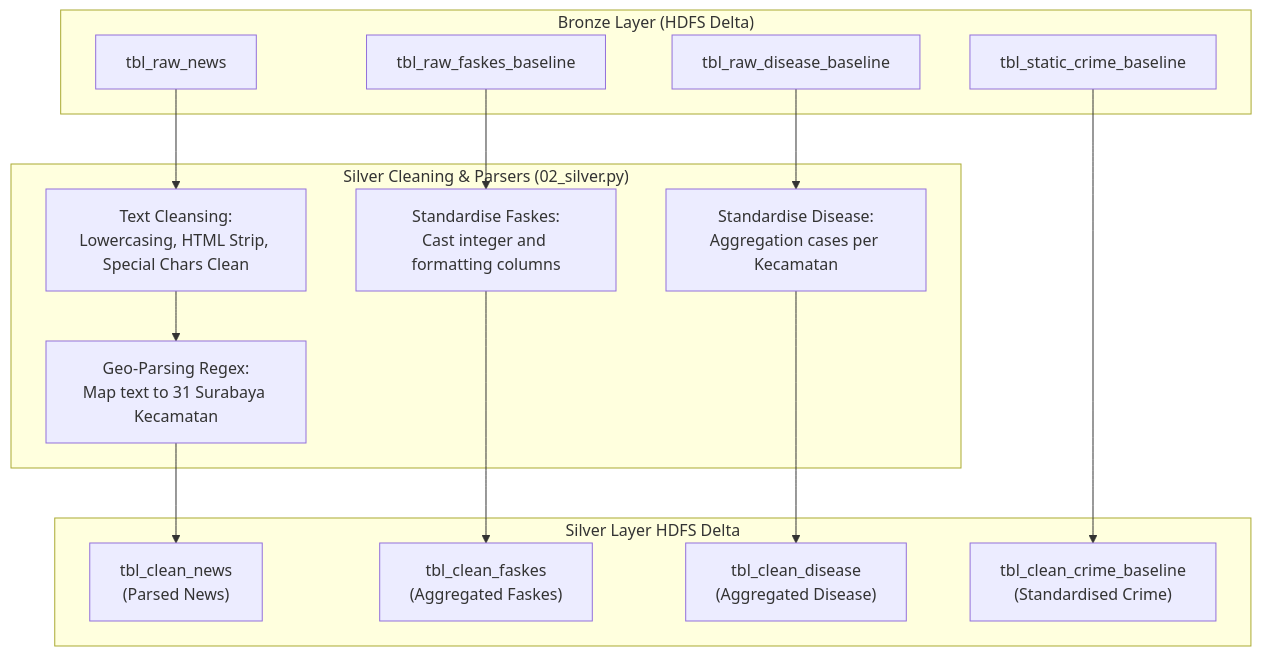
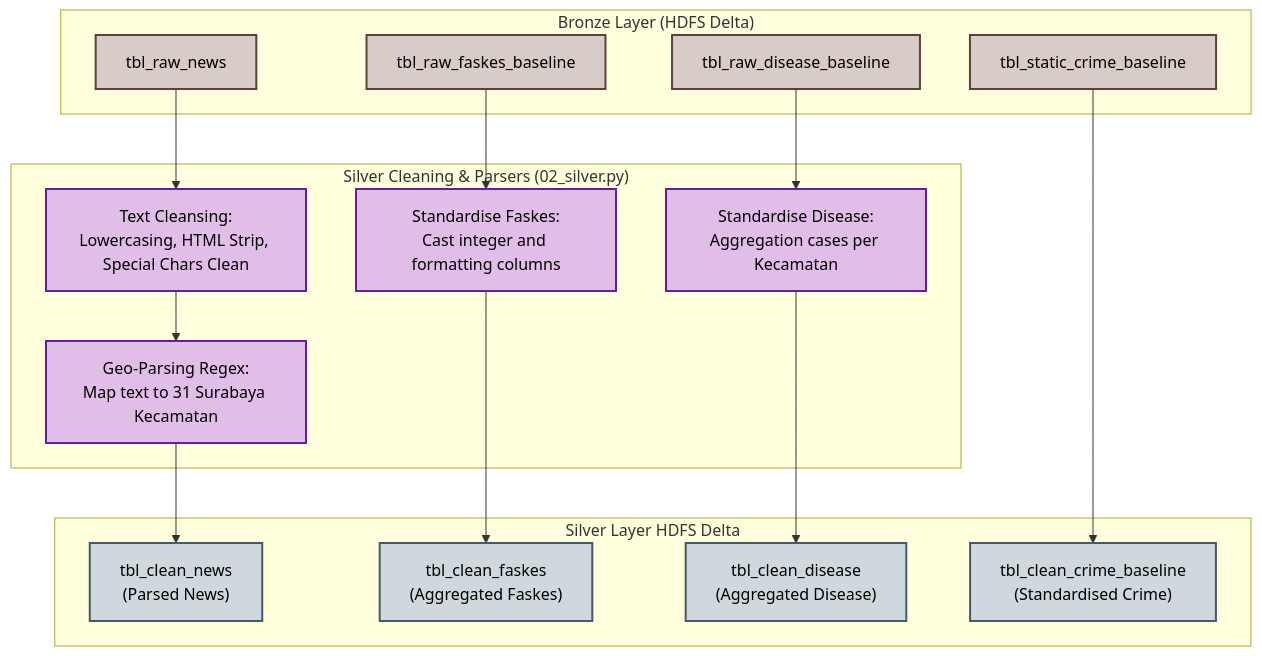
One commit to airenmeyy/kelompok-1-eas-bigdata changed the fourth of 6 diagrams in README.md. Above: the diagram before and after it, drawn with Mermaid. The commit also changed other lines of this file, not shown here.

Commit message:
fix(docs): style all remaining Mermaid diagrams with color and high contrast

````diff
--- a/README.md
+++ b/README.md
@@ -397,28 +421,37 @@
 ```mermaid
 graph TD
+    %% Styling Definitions
+    classDef bronze fill:#d7ccc8,stroke:#5d4037,stroke-width:2px,color:#000;
+    classDef process fill:#e1bee7,stroke:#6a1b9a,stroke-width:2px,color:#000;
+    classDef silver fill:#cfd8dc,stroke:#455a64,stroke-width:2px,color:#000;
+
     subgraph Input_Silver ["Bronze Layer (HDFS Delta)"]
         B_News["tbl_raw_news"]
         B_Faskes["tbl_raw_faskes_baseline"]
         B_Disease["tbl_raw_disease_baseline"]
         B_Crime["tbl_static_crime_baseline"]
     end
 
     subgraph Proc_Silver ["Silver Cleaning & Parsers (02_silver.py)"]
         Clean_Text["Text Cleansing:<br/>Lowercasing, HTML Strip, Special Chars Clean"]
         Geo_Parse["Geo-Parsing Regex:<br/>Map text to 31 Surabaya Kecamatan"]
         Standard_Faskes["Standardise Faskes:<br/>Cast integer and formatting columns"]
         Standard_Disease["Standardise Disease:<br/>Aggregation cases per Kecamatan"]
     end
 
     subgraph Output_Silver ["Silver Layer HDFS Delta"]
         S_News["tbl_clean_news<br/>(Parsed News)"]
         S_Faskes["tbl_clean_faskes<br/>(Aggregated Faskes)"]
         S_Disease["tbl_clean_disease<br/>(Aggregated Disease)"]
         S_Crime["tbl_clean_crime_baseline<br/>(Standardised Crime)"]
     end
 
     B_News --> Clean_Text --> Geo_Parse --> S_News
     B_Faskes --> Standard_Faskes --> S_Faskes
     B_Disease --> Standard_Disease --> S_Disease
     B_Crime --> S_Crime
+
+    class B_News,B_Faskes,B_Disease,B_Crime bronze;
+    class Clean_Text,Geo_Parse,Standard_Faskes,Standard_Disease process;
+    class S_News,S_Faskes,S_Disease,S_Crime silver;
 ```
````
